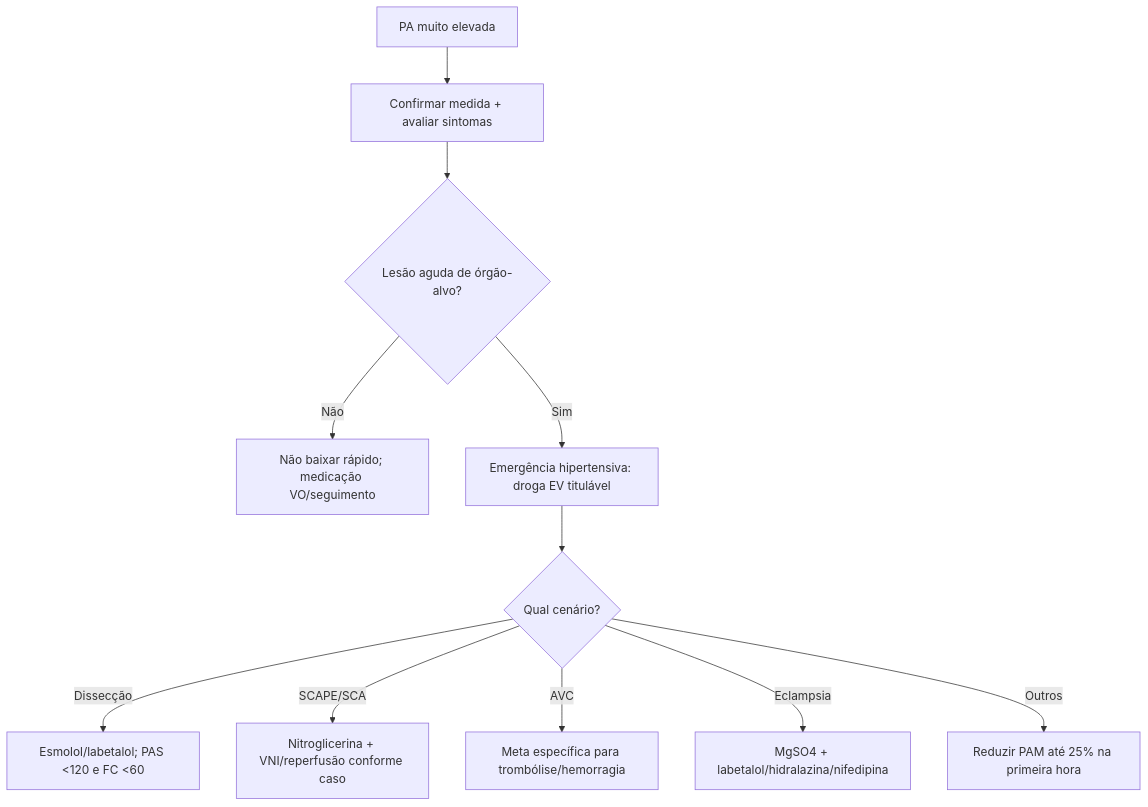
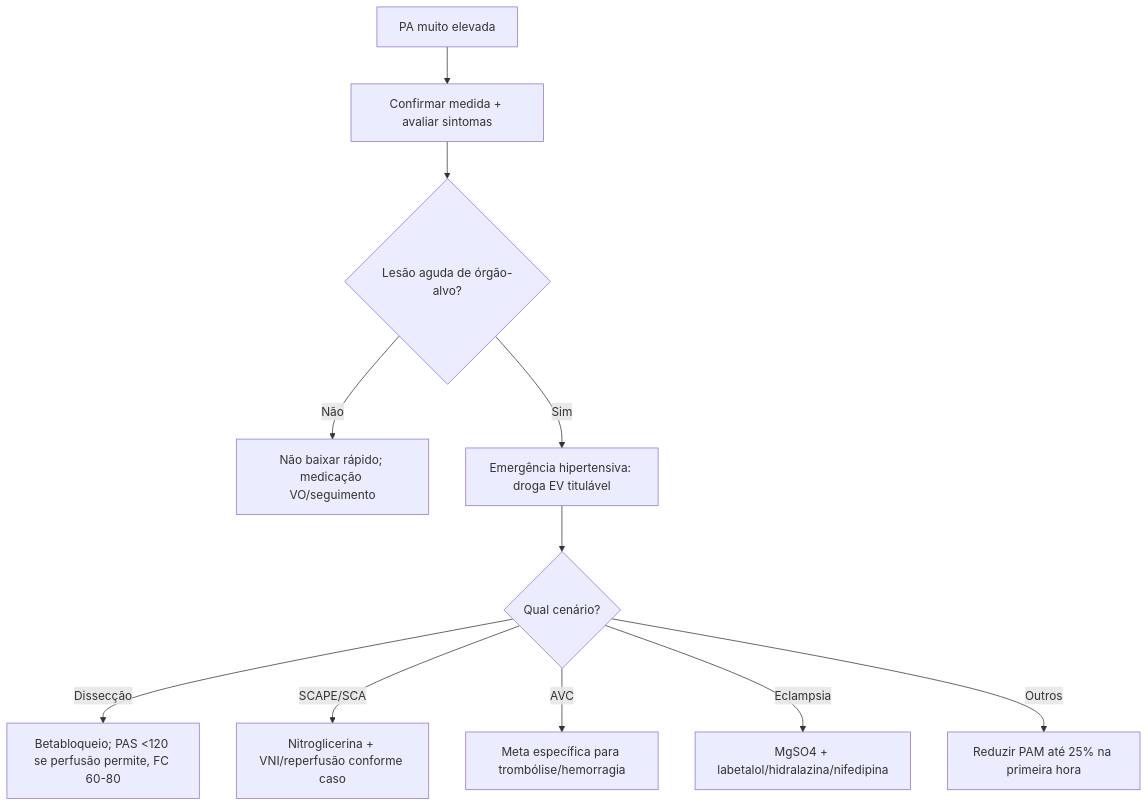
One commit to ThiagoPersona/emergencia26 changed the third of 3 diagrams in Intensivao/temas/005_sca-arritmias-hipertensivas.md. Above: the diagram before and after it, drawn with Mermaid. The commit also changed other lines of this file and 5 other files, not shown here.

````diff
--- a/Intensivao/temas/005_sca-arritmias-hipertensivas.md
+++ b/Intensivao/temas/005_sca-arritmias-hipertensivas.md
@@ -307,13 +330,13 @@
 ```mermaid
 flowchart TD
     A["PA muito elevada"] --> B["Confirmar medida + avaliar sintomas"]
     B --> C{"Lesão aguda de órgão-alvo?"}
     C -->|Não| D["Não baixar rápido; medicação VO/seguimento"]
     C -->|Sim| E["Emergência hipertensiva: droga EV titulável"]
     E --> F{"Qual cenário?"}
-    F -->|Dissecção| G["Esmolol/labetalol; PAS <120 e FC <60"]
+    F -->|Dissecção| G["Betabloqueio; PAS <120 se perfusão permite, FC 60-80"]
     F -->|SCAPE/SCA| H["Nitroglicerina + VNI/reperfusão conforme caso"]
     F -->|AVC| I["Meta específica para trombólise/hemorragia"]
     F -->|Eclampsia| J["MgSO4 + labetalol/hidralazina/nifedipina"]
     F -->|Outros| K["Reduzir PAM até 25% na primeira hora"]
 ```
````
